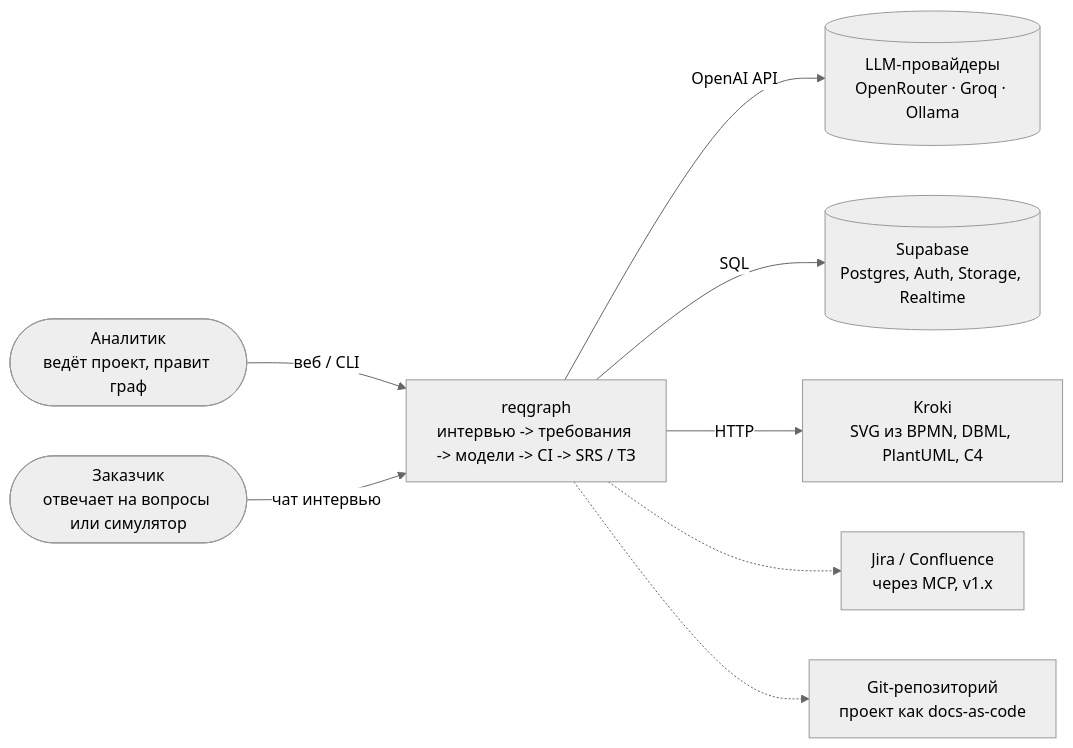
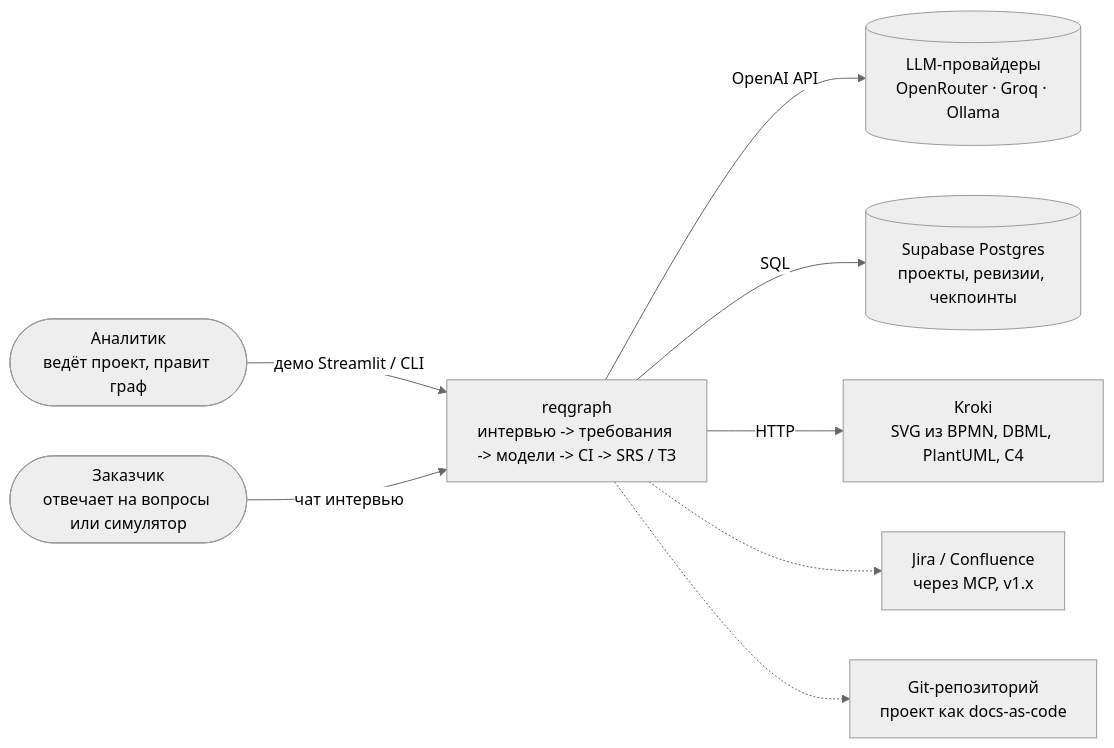
One commit to Axx-Axvd/reqgraph changed the first of 2 diagrams in docs/tech-design/02_arch.md. Above: the diagram before and after it, drawn with Mermaid (neutral theme). The commit also changed other lines of this file and 23 other files, not shown here.

````diff
--- a/docs/tech-design/02_arch.md
+++ b/docs/tech-design/02_arch.md
@@ -9,11 +9,11 @@
 ```mermaid
 flowchart LR
-  analyst([Аналитик<br/>ведёт проект, правит граф]) -->|веб / CLI| S
+  analyst([Аналитик<br/>ведёт проект, правит граф]) -->|демо Streamlit / CLI| S
   client([Заказчик<br/>отвечает на вопросы или симулятор]) -->|чат интервью| S
   S[reqgraph<br/>интервью -> требования -> модели -> CI -> SRS / ТЗ]
   S -->|OpenAI API| LLM[(LLM-провайдеры<br/>OpenRouter · Groq · Ollama)]
-  S -->|SQL| SB[(Supabase<br/>Postgres, Auth, Storage, Realtime)]
+  S -->|SQL| SB[(Supabase Postgres<br/>проекты, ревизии, чекпоинты)]
   S -->|HTTP| K[Kroki<br/>SVG из BPMN, DBML, PlantUML, C4]
   S -.-> J[Jira / Confluence<br/>через MCP, v1.x]
   S -.-> G[Git-репозиторий<br/>проект как docs-as-code]
 ```
````
